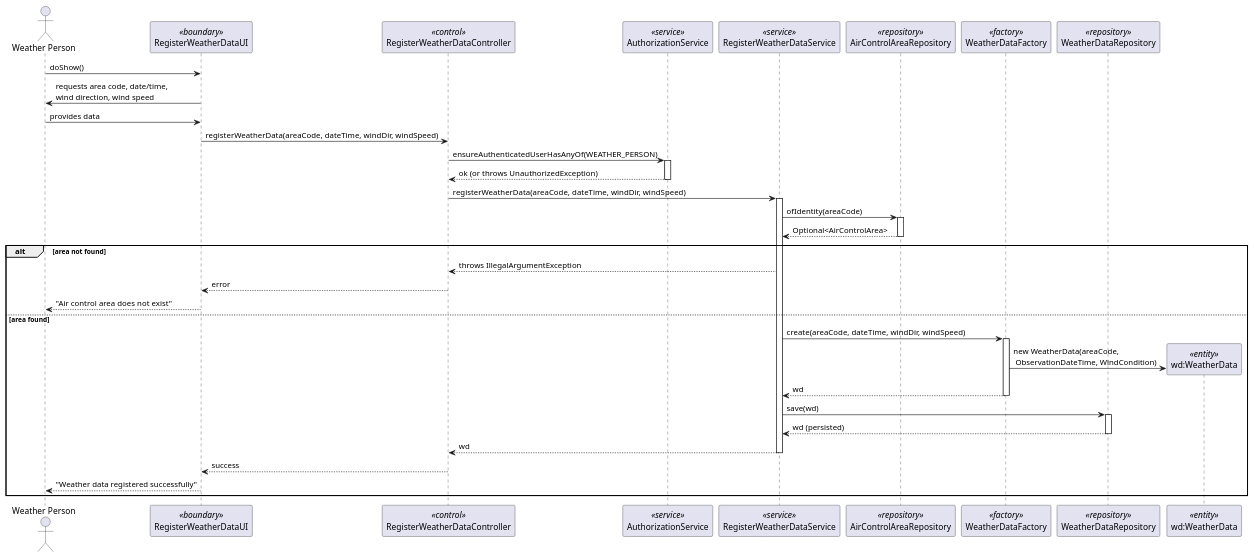
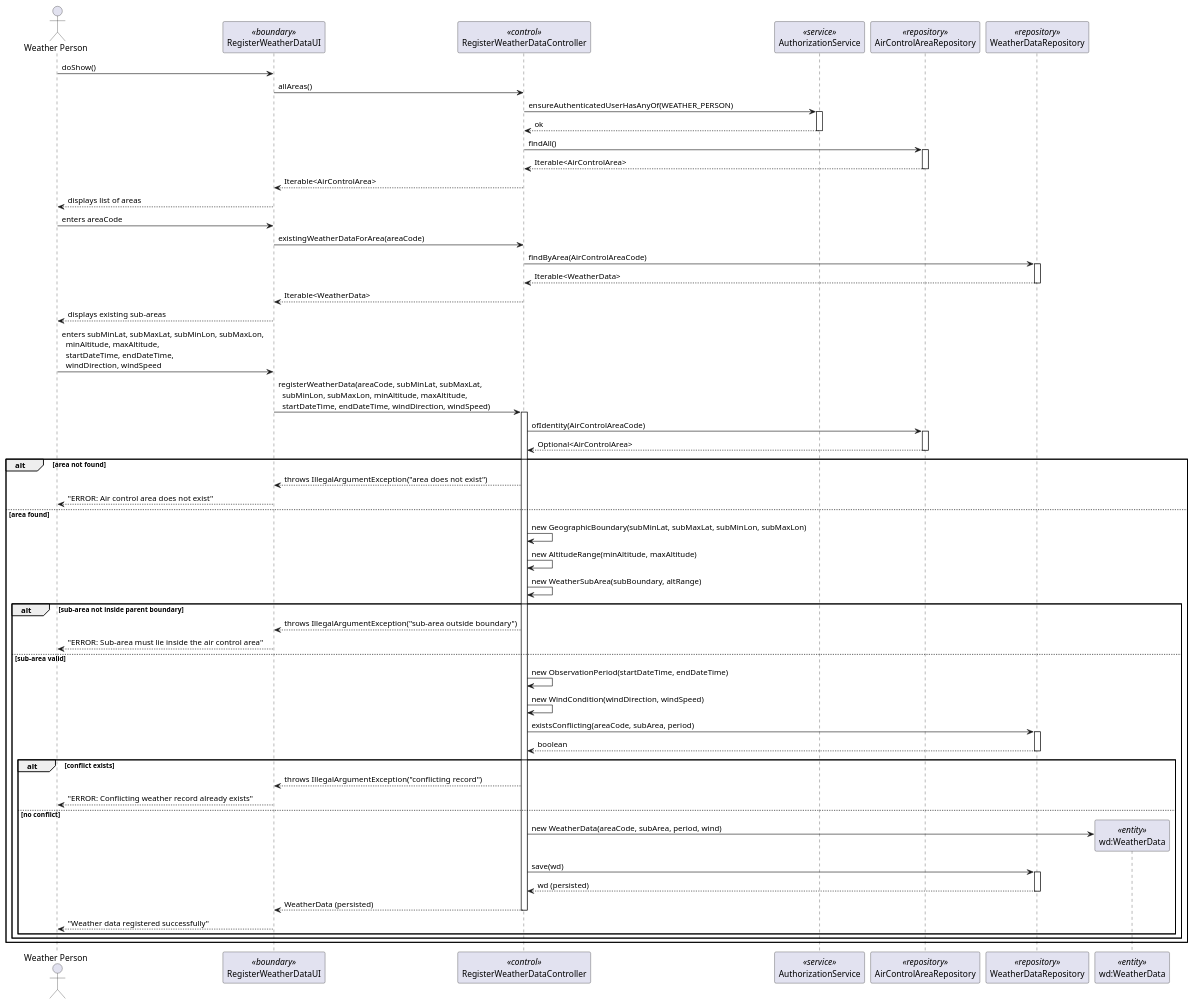
One commit to DuartePinto1240/sem4pi2526-sem4pi2526_2da2 changed the diagram in docs/Sprint 2/EAPLI/US041/puml/US041-sequence-diagram.puml. Above: the diagram before and after it, drawn with PlantUML. The commit also changed 27 other files, not shown here.

```diff
--- a/docs/Sprint 2/EAPLI/US041/puml/US041-sequence-diagram.puml
+++ b/docs/Sprint 2/EAPLI/US041/puml/US041-sequence-diagram.puml
@@ -1,55 +1,81 @@
 @startuml
 actor "Weather Person" as WP
 participant RegisterWeatherDataUI as UI <<boundary>>
 participant RegisterWeatherDataController as CTRL <<control>>
 participant AuthorizationService as AUTHZ <<service>>
-participant RegisterWeatherDataService as SVC <<service>>
 participant AirControlAreaRepository as AREA_REPO <<repository>>
-participant WeatherDataFactory as FACTORY <<factory>>
-participant WeatherDataRepository as REPO <<repository>>
+participant WeatherDataRepository as WD_REPO <<repository>>
 participant "wd:WeatherData" as WD <<entity>>
 
 WP -> UI : doShow()
-UI -> WP : requests area code, date/time,\nwind direction, wind speed
 
-WP -> UI : provides data
-
-UI -> CTRL : registerWeatherData(areaCode, dateTime, windDir, windSpeed)
-
+UI -> CTRL : allAreas()
 CTRL -> AUTHZ : ensureAuthenticatedUserHasAnyOf(WEATHER_PERSON)
 activate AUTHZ
-AUTHZ --> CTRL : ok (or throws UnauthorizedException)
+AUTHZ --> CTRL : ok
 deactivate AUTHZ
+CTRL -> AREA_REPO : findAll()
+activate AREA_REPO
+AREA_REPO --> CTRL : Iterable<AirControlArea>
+deactivate AREA_REPO
+CTRL --> UI : Iterable<AirControlArea>
+UI --> WP : displays list of areas
 
-CTRL -> SVC : registerWeatherData(areaCode, dateTime, windDir, windSpeed)
-activate SVC
+WP -> UI : enters areaCode
 
-SVC -> AREA_REPO : ofIdentity(areaCode)
+UI -> CTRL : existingWeatherDataForArea(areaCode)
+CTRL -> WD_REPO : findByArea(AirControlAreaCode)
+activate WD_REPO
+WD_REPO --> CTRL : Iterable<WeatherData>
+deactivate WD_REPO
+CTRL --> UI : Iterable<WeatherData>
+UI --> WP : displays existing sub-areas
+
+WP -> UI : enters subMinLat, subMaxLat, subMinLon, subMaxLon,\n  minAltitude, maxAltitude,\n  startDateTime, endDateTime,\n  windDirection, windSpeed
+
+UI -> CTRL : registerWeatherData(areaCode, subMinLat, subMaxLat,\n  subMinLon, subMaxLon, minAltitude, maxAltitude,\n  startDateTime, endDateTime, windDirection, windSpeed)
+activate CTRL
+
+CTRL -> AREA_REPO : ofIdentity(AirControlAreaCode)
 activate AREA_REPO
-AREA_REPO --> SVC : Optional<AirControlArea>
+AREA_REPO --> CTRL : Optional<AirControlArea>
 deactivate AREA_REPO
 
 alt area not found
-  SVC --> CTRL : throws IllegalArgumentException
-  CTRL --> UI : error
-  UI --> WP : "Air control area does not exist"
+  CTRL --> UI : throws IllegalArgumentException("area does not exist")
+  UI --> WP : "ERROR: Air control area does not exist"
 else area found
-  SVC -> FACTORY : create(areaCode, dateTime, windDir, windSpeed)
-  activate FACTORY
-  FACTORY -> WD ** : new WeatherData(areaCode,\n ObservationDateTime, WindCondition)
-  FACTORY --> SVC : wd
-  deactivate FACTORY
+  CTRL -> CTRL : new GeographicBoundary(subMinLat, subMaxLat, subMinLon, subMaxLon)
+  CTRL -> CTRL : new AltitudeRange(minAltitude, maxAltitude)
+  CTRL -> CTRL : new WeatherSubArea(subBoundary, altRange)
 
-  SVC -> REPO : save(wd)
-  activate REPO
-  REPO --> SVC : wd (persisted)
-  deactivate REPO
+  alt sub-area not inside parent boundary
+    CTRL --> UI : throws IllegalArgumentException("sub-area outside boundary")
+    UI --> WP : "ERROR: Sub-area must lie inside the air control area"
+  else sub-area valid
+    CTRL -> CTRL : new ObservationPeriod(startDateTime, endDateTime)
+    CTRL -> CTRL : new WindCondition(windDirection, windSpeed)
 
-  SVC --> CTRL : wd
-  deactivate SVC
+    CTRL -> WD_REPO : existsConflicting(areaCode, subArea, period)
+    activate WD_REPO
+    WD_REPO --> CTRL : boolean
+    deactivate WD_REPO
 
-  CTRL --> UI : success
-  UI --> WP : "Weather data registered successfully"
+    alt conflict exists
+      CTRL --> UI : throws IllegalArgumentException("conflicting record")
+      UI --> WP : "ERROR: Conflicting weather record already exists"
+    else no conflict
+      CTRL -> WD ** : new WeatherData(areaCode, subArea, period, wind)
+      CTRL -> WD_REPO : save(wd)
+      activate WD_REPO
+      WD_REPO --> CTRL : wd (persisted)
+      deactivate WD_REPO
+
+      CTRL --> UI : WeatherData (persisted)
+      deactivate CTRL
+      UI --> WP : "Weather data registered successfully"
+    end
+  end
 end
 
 @enduml
```
